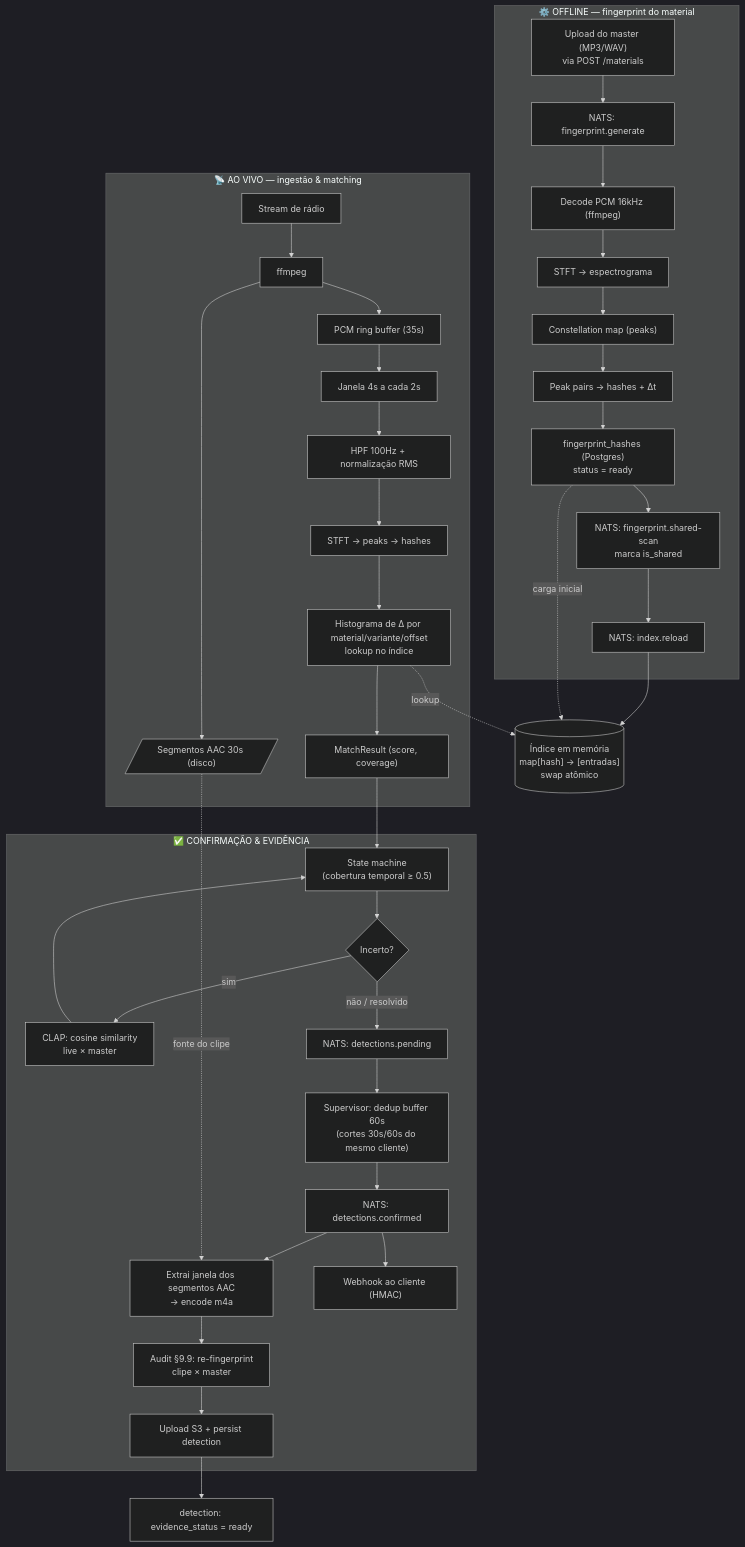
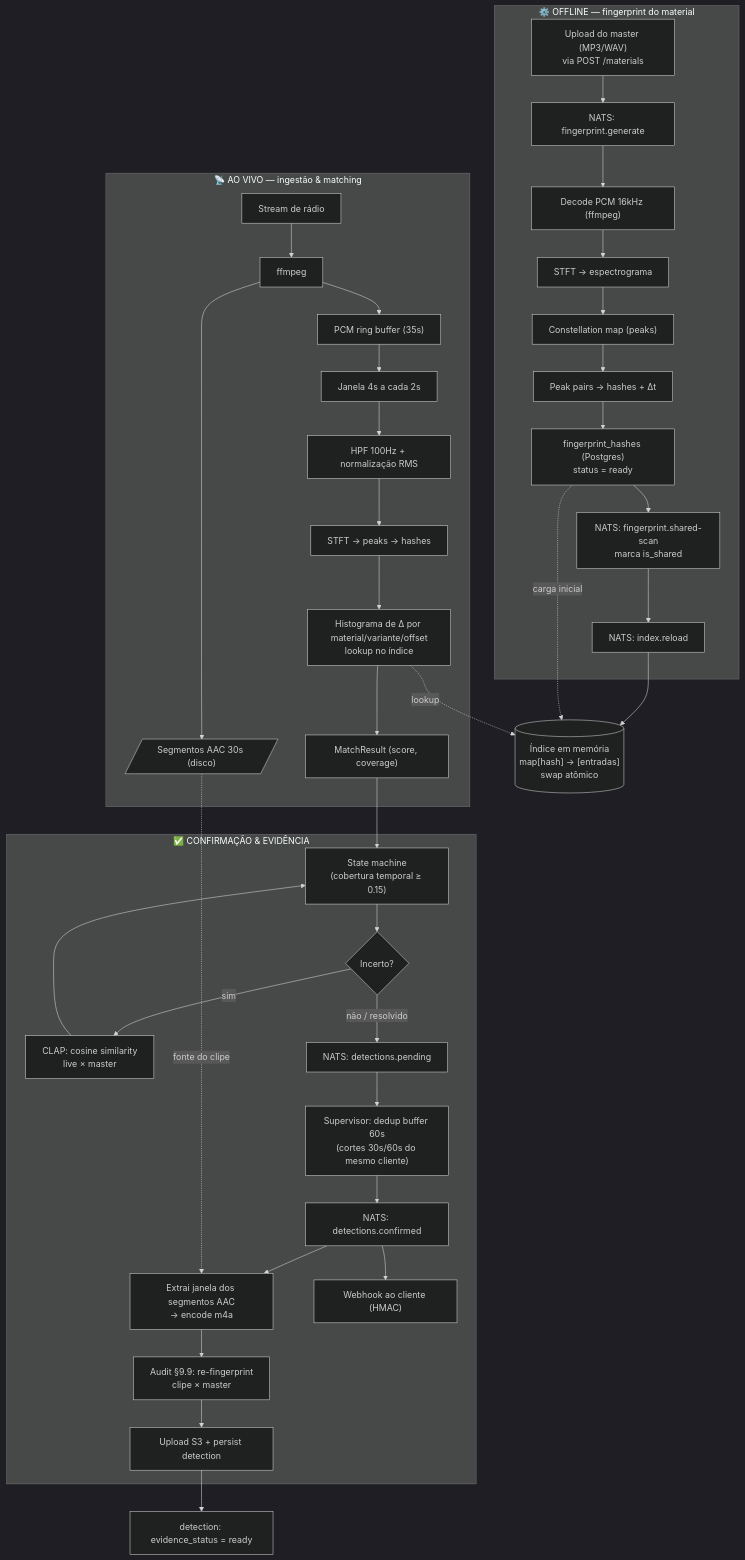
One commit to Dereckkk1/E-monitor changed the second of 9 diagrams in docs/architecture/system-architecture-overview.md. Above: the diagram before and after it, drawn with Mermaid (dark theme). The commit also changed other lines of this file and 18 other files, not shown here.

````diff
--- a/docs/architecture/system-architecture-overview.md
+++ b/docs/architecture/system-architecture-overview.md
@@ -147,62 +147,62 @@
 ```mermaid
 flowchart TB
     subgraph offline["⚙️ OFFLINE — fingerprint do material"]
         up["Upload do master (MP3/WAV)<br/>via POST /materials"]
         gen["NATS: fingerprint.generate"]
         decode["Decode PCM 16kHz (ffmpeg)"]
         stft1["STFT → espectrograma"]
         peaks1["Constellation map (peaks)"]
         hash1["Peak pairs → hashes + Δt"]
         persist["fingerprint_hashes (Postgres)<br/>status = ready"]
         shared["NATS: fingerprint.shared-scan<br/>marca is_shared"]
         reload["NATS: index.reload"]
 
         up --> gen --> decode --> stft1 --> peaks1 --> hash1 --> persist --> shared --> reload
     end
 
     idx[("Índice em memória<br/>map[hash] → [entradas]<br/>swap atômico")]
     reload --> idx
     persist -. carga inicial .-> idx
 
     subgraph live["📡 AO VIVO — ingestão & matching"]
         stream["Stream de rádio"]
         ff["ffmpeg"]
         ring["PCM ring buffer (35s)"]
         segdisk[/"Segmentos AAC 30s (disco)"/]
         win["Janela 4s a cada 2s"]
         pre["HPF 100Hz + normalização RMS"]
         stft2["STFT → peaks → hashes"]
         histo["Histograma de Δ por material/variante/offset<br/>lookup no índice"]
         result["MatchResult (score, coverage)"]
 
         stream --> ff
         ff --> ring
         ff --> segdisk
         ring --> win --> pre --> stft2 --> histo --> result
     end
 
     histo -. lookup .-> idx
 
     subgraph confirm["✅ CONFIRMAÇÃO & EVIDÊNCIA"]
-        smnode["State machine<br/>(cobertura temporal ≥ 0.5)"]
+        smnode["State machine<br/>(cobertura temporal ≥ 0.15)"]
         neural{"Incerto?"}
         clapcheck["CLAP: cosine similarity<br/>live × master"]
         pending["NATS: detections.pending"]
         dedup["Supervisor: dedup buffer 60s<br/>(cortes 30s/60s do mesmo cliente)"]
         confirmed["NATS: detections.confirmed"]
         extract["Extrai janela dos segmentos AAC<br/>→ encode m4a"]
         audit["Audit §9.9: re-fingerprint<br/>clipe × master"]
         upload["Upload S3 + persist detection"]
         hook["Webhook ao cliente (HMAC)"]
     end
 
     result --> smnode
     smnode --> neural
     neural -->|sim| clapcheck --> smnode
     neural -->|não / resolvido| pending
     pending --> dedup --> confirmed
     confirmed --> extract --> audit --> upload
     confirmed --> hook
     segdisk -. fonte do clipe .-> extract
     upload --> done["detection: evidence_status = ready"]
 ```
````
